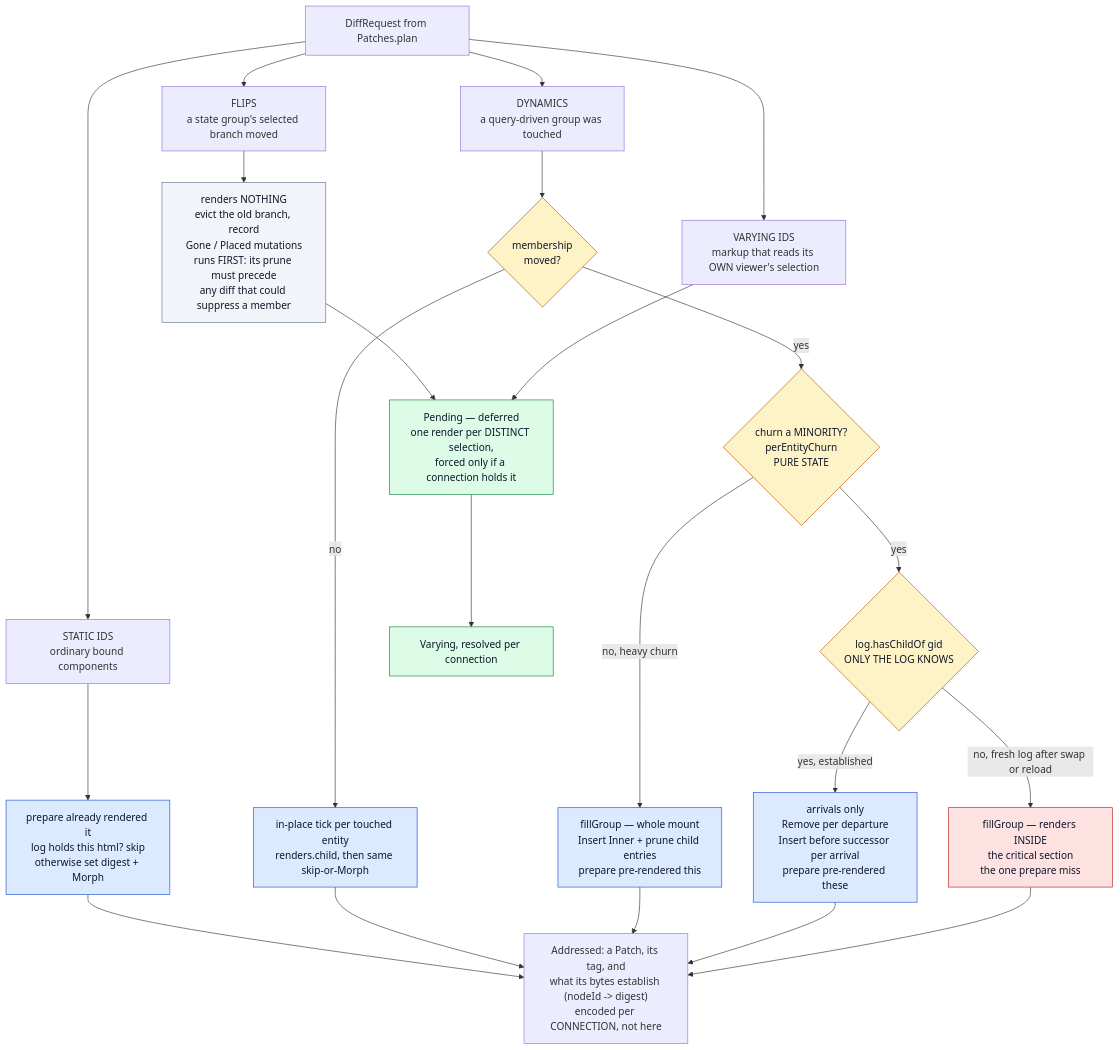
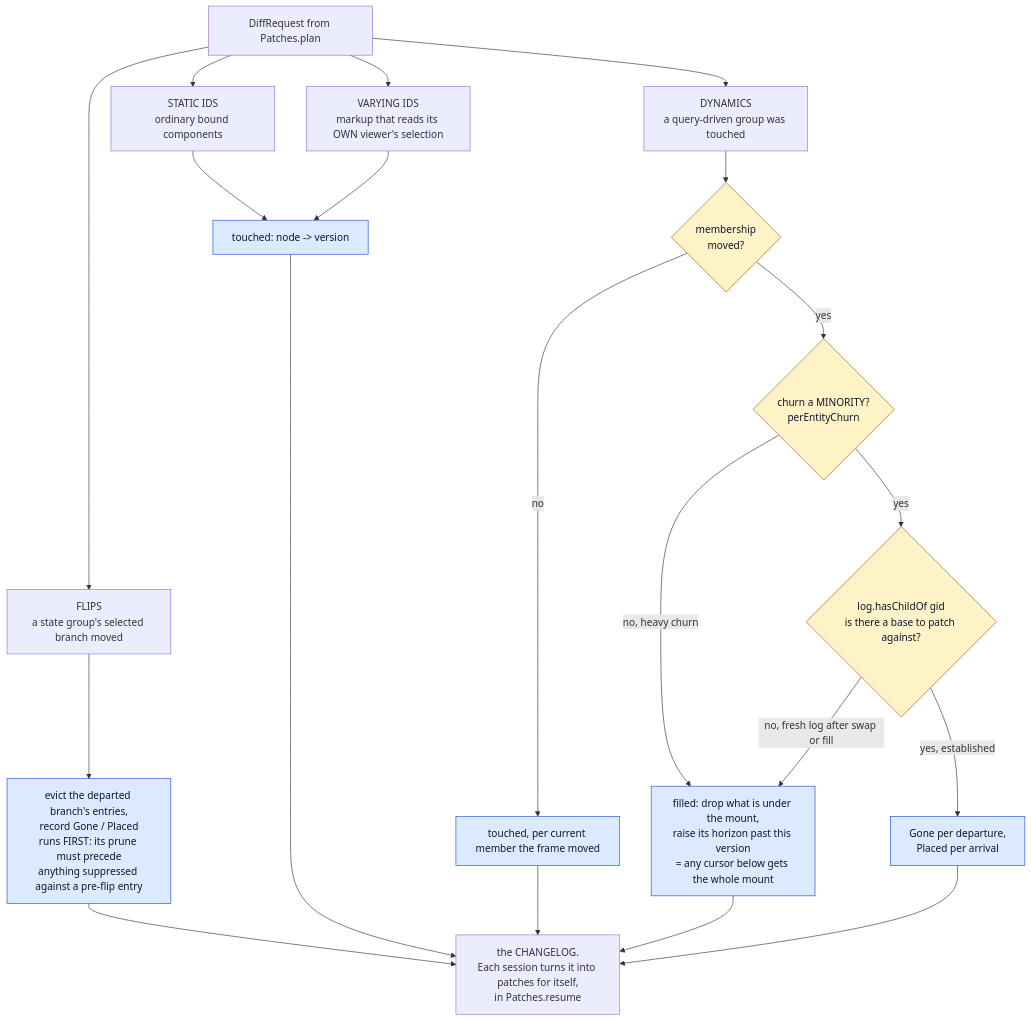
The second of 3 diagrams in docs/architecture-rendering-pipeline.md (perok/functional-home-assistant), drawn with Mermaid before and after one commit. The commit also changed other lines of this file and 8 other files, not shown here.

````diff
--- a/docs/architecture-rendering-pipeline.md
+++ b/docs/architecture-rendering-pipeline.md
@@ -203,42 +230,33 @@
 ```mermaid
 flowchart TB
   REQ["DiffRequest from Patches.plan"]
 
   REQ --> FLIP["FLIPS<br/>a state group's selected branch moved"]
   REQ --> STAT["STATIC IDS<br/>ordinary bound components"]
   REQ --> DYN["DYNAMICS<br/>a query-driven group was touched"]
   REQ --> VAR["VARYING IDS<br/>markup that reads its OWN viewer's selection"]
 
-  FLIP --> FLIPW["renders NOTHING<br/>evict the old branch, record<br/>Gone / Placed mutations<br/>runs FIRST: its prune must precede<br/>any diff that could suppress a member"]
-  FLIPW --> PEND
+  FLIP --> FLIPW["evict the departed branch's entries,<br/>record Gone / Placed<br/>runs FIRST: its prune must precede<br/>anything suppressed against a pre-flip entry"]
 
-  STAT --> STATW["prepare already rendered it<br/>log holds this html? skip<br/>otherwise set digest + Morph"]
+  STAT --> STATW["touched: node -&gt; version"]
+  VAR --> STATW
 
   DYN --> SAME{"membership<br/>moved?"}
-  SAME -->|no| TICK["in-place tick per touched entity<br/>renders.child, then same skip-or-Morph"]
-  SAME -->|yes| CHURN{"churn a MINORITY?<br/>perEntityChurn<br/>PURE STATE"}
-  CHURN -->|no, heavy churn| FILL["fillGroup — whole mount<br/>Insert Inner + prune child entries<br/>prepare pre-rendered this"]
-  CHURN -->|yes| EST{"log.hasChildOf gid<br/>ONLY THE LOG KNOWS"}
-  EST -->|yes, established| DELTA["arrivals only<br/>Remove per departure<br/>Insert before successor per arrival<br/>prepare pre-rendered these"]
-  EST -->|no, fresh log after swap or reload| FILL2["fillGroup — renders INSIDE<br/>the critical section<br/>the one prepare miss"]
+  SAME -->|no| TICK["touched, per current member the frame moved"]
+  SAME -->|yes| CHURN{"churn a MINORITY?<br/>perEntityChurn"}
+  CHURN -->|no, heavy churn| FILL["filled: drop what is under the mount,<br/>raise its horizon past this version<br/>= any cursor below gets the whole mount"]
+  CHURN -->|yes| EST{"log.hasChildOf gid<br/>is there a base to patch against?"}
+  EST -->|yes, established| DELTA["Gone per departure,<br/>Placed per arrival"]
+  EST -->|no, fresh log after swap or fill| FILL
 
-  VAR --> PEND["Pending — deferred<br/>one render per DISTINCT selection,<br/>forced only if a connection holds it"]
-  PEND --> VARY["Varying, resolved per connection"]
-
-  STATW --> OUT["Addressed: a Patch, its tag, and<br/>what its bytes establish (nodeId -&gt; digest)<br/>encoded per CONNECTION, not here"]
+  FLIPW --> OUT["the CHANGELOG.<br/>Each session turns it into patches for itself,<br/>in Patches.resume"]
+  STATW --> OUT
   TICK --> OUT
   FILL --> OUT
   DELTA --> OUT
-  FILL2 --> OUT
 
-  classDef nothing fill:#f1f5f9,stroke:#64748b,color:#0f172a
-  classDef pre fill:#dbeafe,stroke:#1d4ed8,color:#0f172a
-  classDef inside fill:#fee2e2,stroke:#b91c1c,color:#0f172a
-  classDef defer fill:#dcfce7,stroke:#15803d,color:#0f172a
+  classDef write fill:#dbeafe,stroke:#1d4ed8,color:#0f172a
   classDef q fill:#fef3c7,stroke:#b45309,color:#0f172a
-  class FLIPW nothing
-  class STATW,TICK,FILL,DELTA pre
-  class FILL2 inside
-  class PEND,VARY defer
+  class FLIPW,STATW,TICK,FILL,DELTA write
   class SAME,CHURN,EST q
 ```
````
